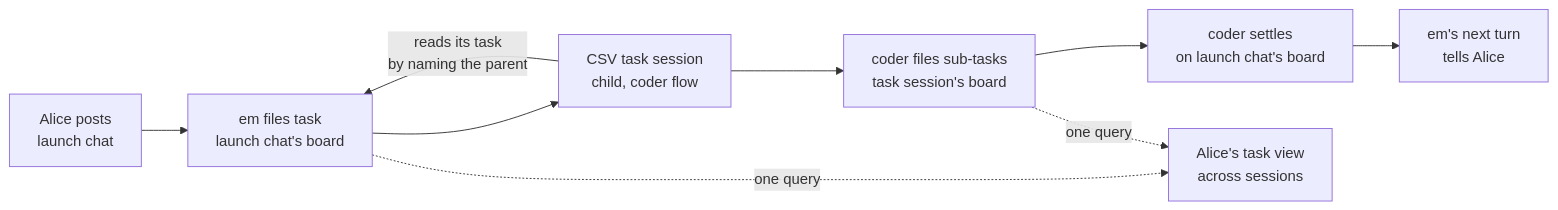
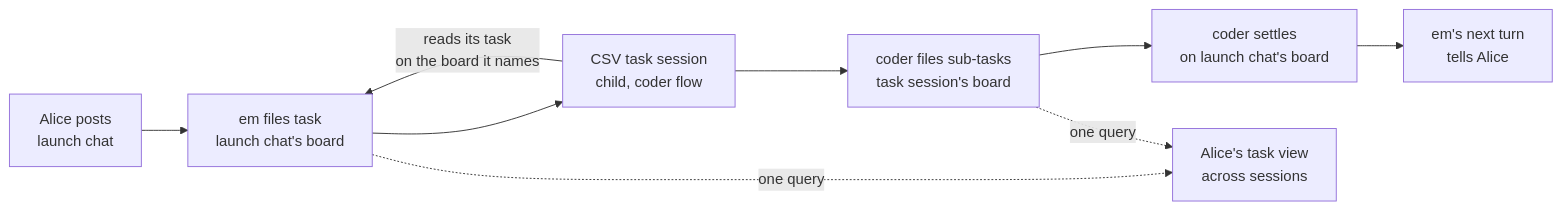
The second of 2 diagrams in docs/internal/design/scopes-and-sessions.md (fixpoint-labs/flow-state-dev), drawn with Mermaid before and after one commit.

Commit message:
Concept doc: diagram label follows the task's board
Claude-Session: https://claude.ai/code/session_01NczDiDwiaapqWecEqirNgs

````diff
--- a/docs/internal/design/scopes-and-sessions.md
+++ b/docs/internal/design/scopes-and-sessions.md
@@ -269,11 +269,11 @@
 ```mermaid
 flowchart LR
   A["Alice posts<br/>launch chat"] --> F["em files task<br/>launch chat's board"]
   F --> C["CSV task session<br/>child, coder flow"]
-  C -->|"reads its task<br/>by naming the parent"| F
+  C -->|"reads its task<br/>on the board it names"| F
   C --> P["coder files sub-tasks<br/>task session's board"]
   P --> S["coder settles<br/>on launch chat's board"]
   S --> W["em's next turn<br/>tells Alice"]
   F -. "one query" .-> V["Alice's task view<br/>across sessions"]
   P -. "one query" .-> V
 ```
````
